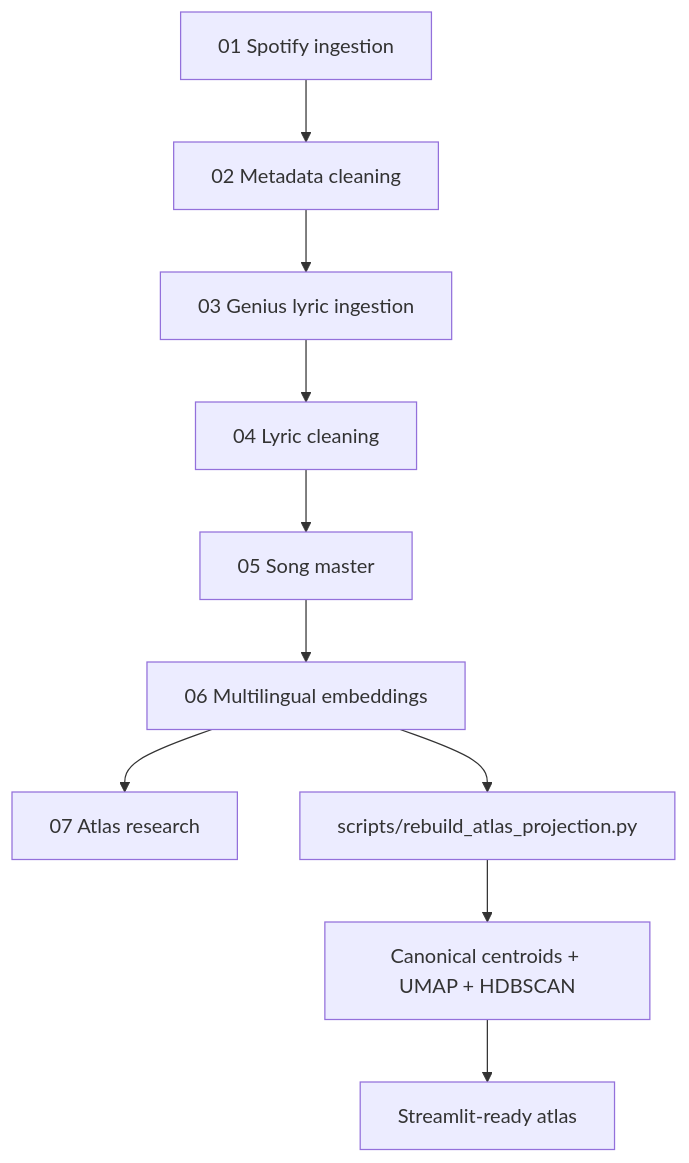
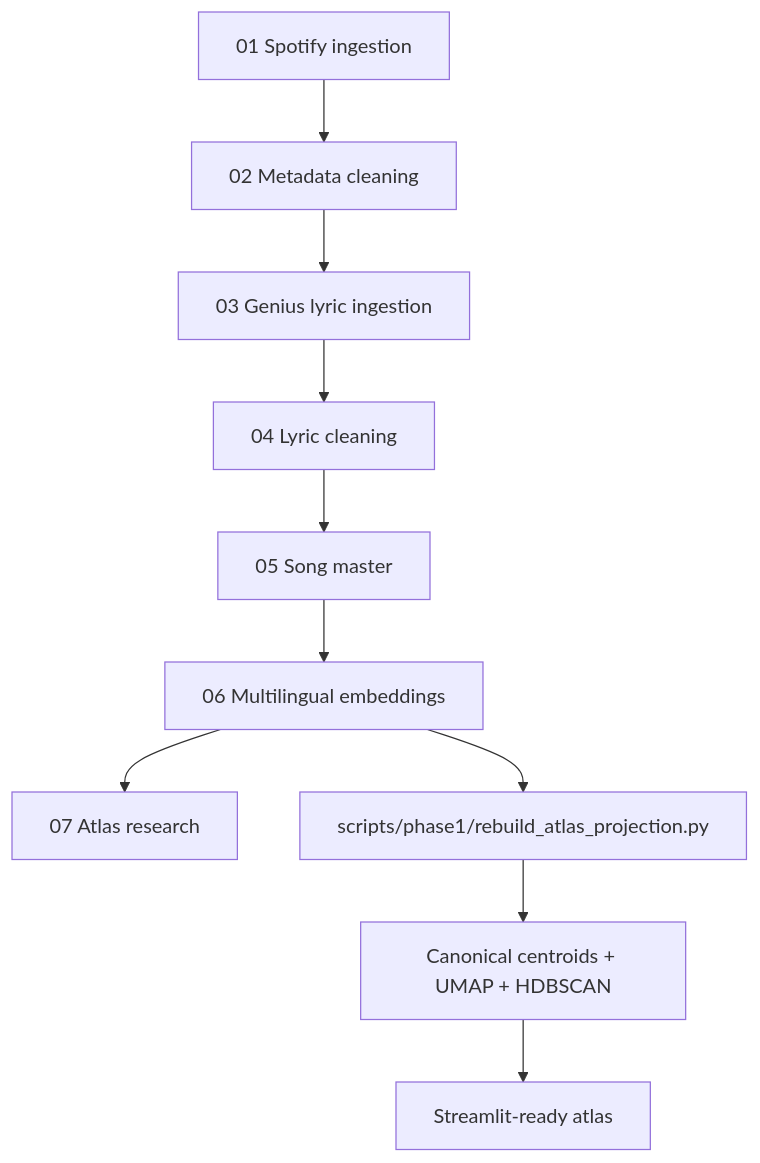
One commit to sabinorio-tech/BTS-Song-Atlas- changed the second of 2 diagrams in README.md. Above: the diagram before and after it, drawn with Mermaid. The commit also changed other lines of this file and 15 other files, not shown here.

````diff
--- a/README.md
+++ b/README.md
@@ -70,12 +70,12 @@
 ```mermaid
 flowchart TD
     A[01 Spotify ingestion] --> B[02 Metadata cleaning]
     B --> C[03 Genius lyric ingestion]
     C --> D[04 Lyric cleaning]
     D --> E[05 Song master]
     E --> F[06 Multilingual embeddings]
     F --> G[07 Atlas research]
-    F --> H[scripts/rebuild_atlas_projection.py]
+    F --> H[scripts/phase1/rebuild_atlas_projection.py]
     H --> I[Canonical centroids + UMAP + HDBSCAN]
     I --> J[Streamlit-ready atlas]
 ```
````
